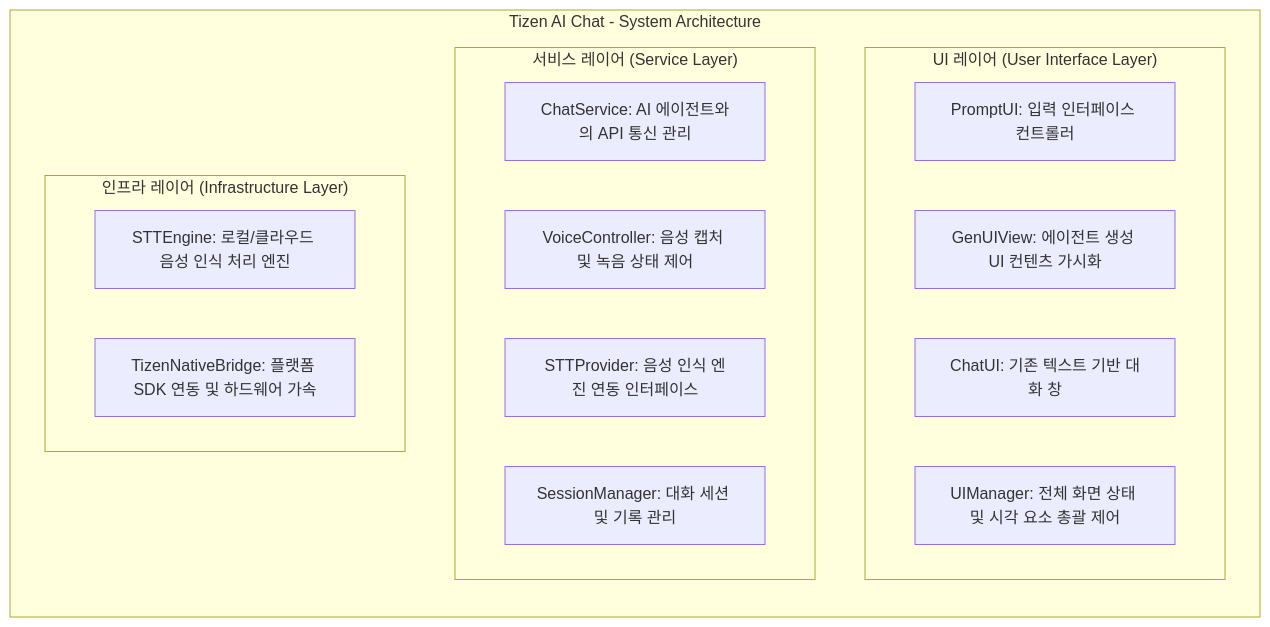
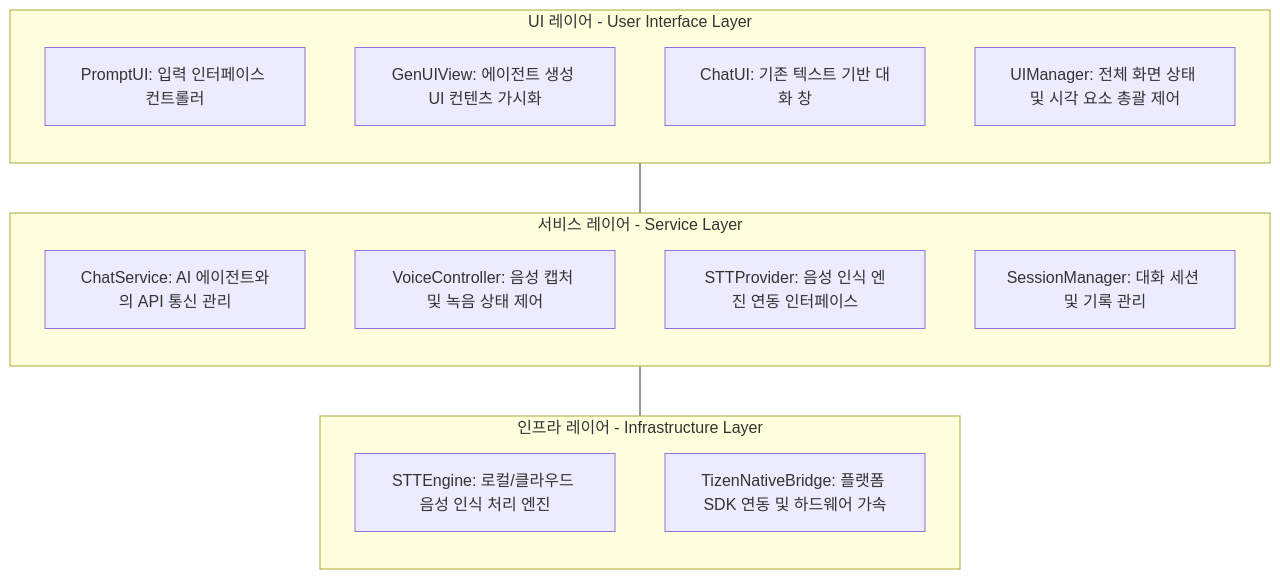
One commit to shyunMin/tizen-chat changed the diagram in README.md. Above: the diagram before and after it, drawn with Mermaid.

Commit message:
docs: force vertical layout for architecture diagram

````diff
--- a/README.md
+++ b/README.md
@@ -15,25 +15,28 @@
 ```mermaid
-graph TB
-    subgraph "Tizen AI Chat - System Architecture"
+graph TD
+    subgraph UILayer [UI 레이어 - User Interface Layer]
         direction TB
+        PUI[PromptUI: 입력 인터페이스 컨트롤러]
+        GVU[GenUIView: 에이전트 생성 UI 컨텐츠 가시화]
+        CUI[ChatUI: 기존 텍스트 기반 대화 창]
+        UM[UIManager: 전체 화면 상태 및 시각 요소 총괄 제어]
+    end
 
-        subgraph "UI 레이어 (User Interface Layer)"
-            PUI[PromptUI: 입력 인터페이스 컨트롤러]
-            GVU[GenUIView: 에이전트 생성 UI 컨텐츠 가시화]
-            CUI[ChatUI: 기존 텍스트 기반 대화 창]
-            UM[UIManager: 전체 화면 상태 및 시각 요소 총괄 제어]
-        end
+    subgraph ServiceLayer [서비스 레이어 - Service Layer]
+        direction TB
+        CS[ChatService: AI 에이전트와의 API 통신 관리]
+        VC[VoiceController: 음성 캡처 및 녹음 상태 제어]
+        SP[STTProvider: 음성 인식 엔진 연동 인터페이스]
+        SM[SessionManager: 대화 세션 및 기록 관리]
+    end
 
-        subgraph "서비스 레이어 (Service Layer)"
-            CS[ChatService: AI 에이전트와의 API 통신 관리]
-            VC[VoiceController: 음성 캡처 및 녹음 상태 제어]
-            SP[STTProvider: 음성 인식 엔진 연동 인터페이스]
-            SM[SessionManager: 대화 세션 및 기록 관리]
-        end
+    subgraph InfraLayer [인프라 레이어 - Infrastructure Layer]
+        direction TB
+        SE[STTEngine: 로컬/클라우드 음성 인식 처리 엔진]
+        TNB[TizenNativeBridge: 플랫폼 SDK 연동 및 하드웨어 가속]
+    end
 
-        subgraph "인프라 레이어 (Infrastructure Layer)"
-            SE[STTEngine: 로컬/클라우드 음성 인식 처리 엔진]
-            TNB[TizenNativeBridge: 플랫폼 SDK 연동 및 하드웨어 가속]
-        end
-    end
+    %% 레이어 간 상하 배치 강제
+    UILayer --- ServiceLayer
+    ServiceLayer --- InfraLayer
 ```
````
